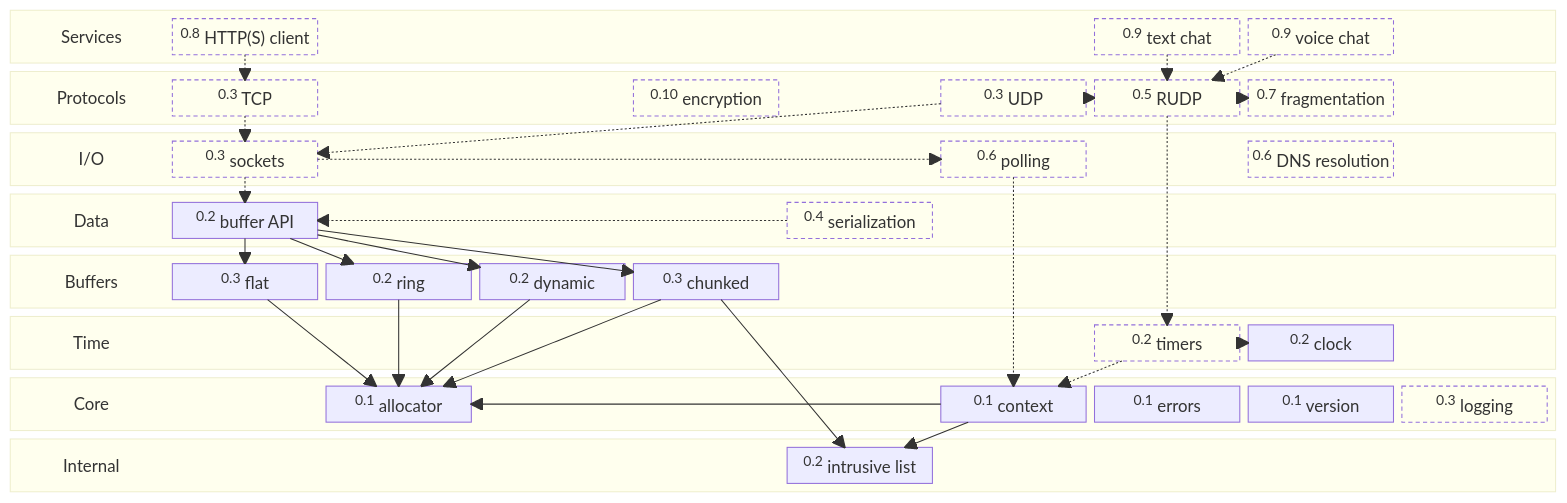
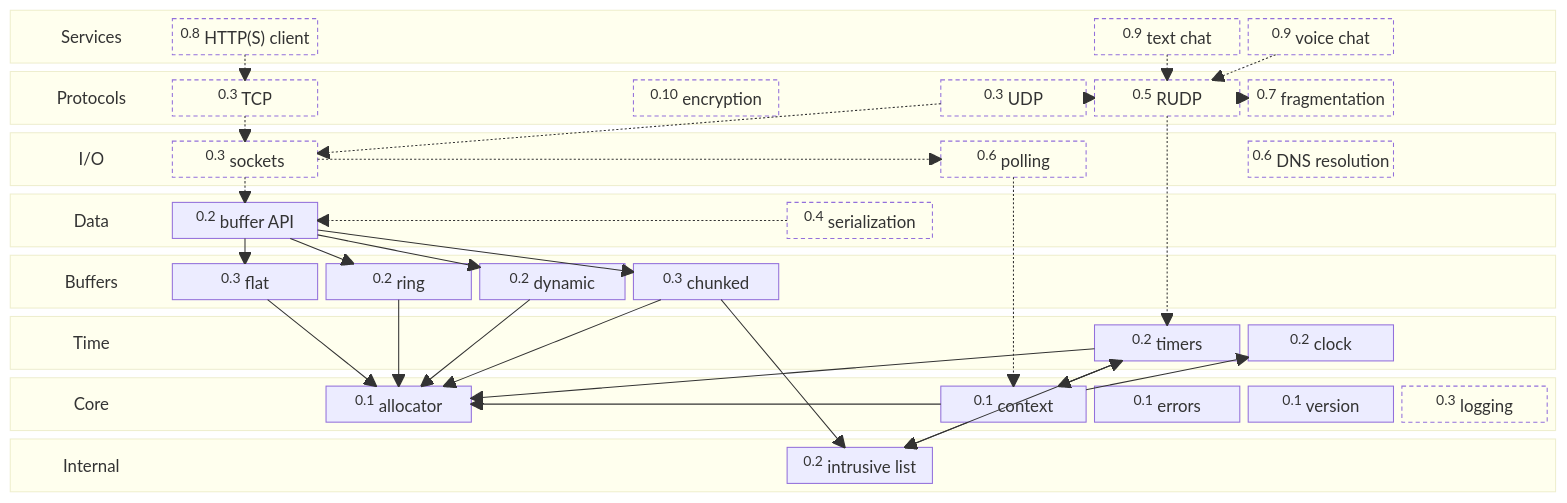
One commit to VMNL/vmnl-net changed the diagram in README.md. Above: the diagram before and after it, drawn with Mermaid. The commit also changed 41 other files, not shown here.

````diff
--- a/README.md
+++ b/README.md
@@ -179,8 +179,11 @@
     BUFFER --> RING
     BUFFER --> CHUNKED
     POLL -.-> CONTEXT
-    TIMER -.-> CONTEXT
-    TIMER -.-> CLOCK
+    TIMER --> CONTEXT
+    TIMER --> ALLOCATOR
+    TIMER --> LIST
+    CONTEXT --> TIMER
+    CONTEXT --> CLOCK
     CONTEXT --> ALLOCATOR
     CONTEXT --> LIST
     FLAT --> ALLOCATOR
@@ -192,5 +195,5 @@
     classDef title fill:none,stroke:none
     classDef planned fill:none,stroke-dasharray: 4 3
     class SERVICES_TITLE,PROTOCOLS_TITLE,IO_TITLE,DATA_TITLE,BUFFERS_TITLE,TIME_TITLE,CORE_TITLE,INTERNAL_TITLE title
-    class HTTP,CHAT,VOICE,TCP,UDP,RUDP,FRAG,CRYPT,SOCKET,POLL,DNS,TIMER,SER,LOG planned
+    class HTTP,CHAT,VOICE,TCP,UDP,RUDP,FRAG,CRYPT,SOCKET,POLL,DNS,SER,LOG planned
 ```
````
